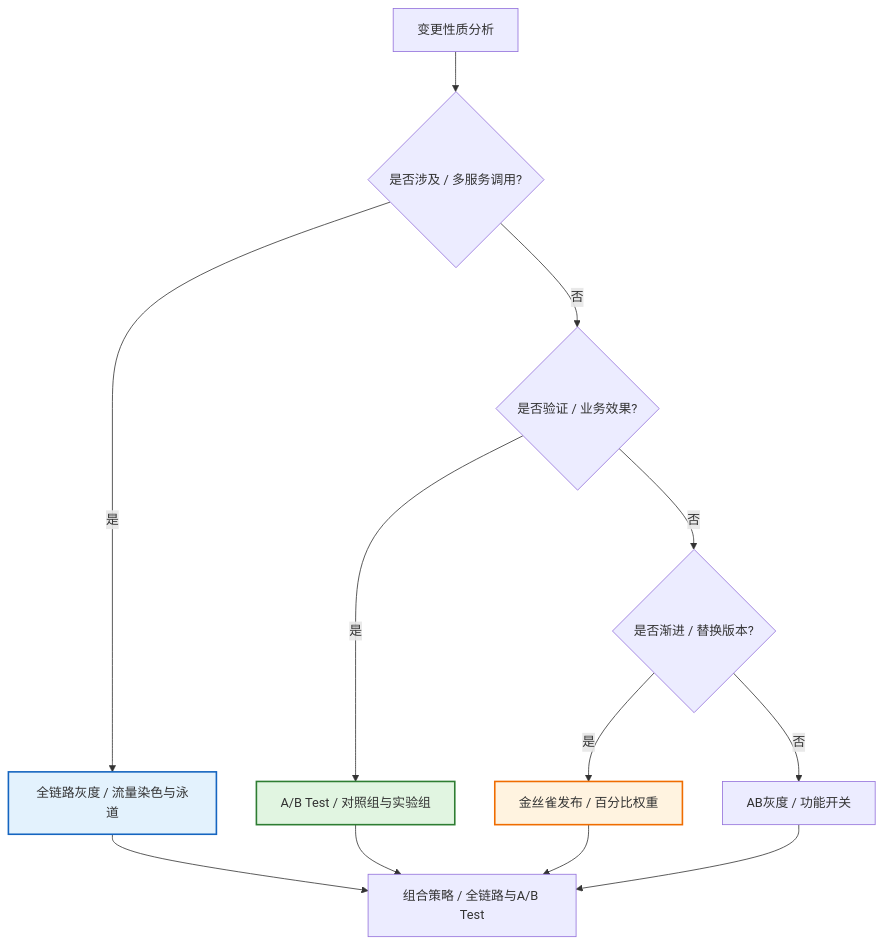
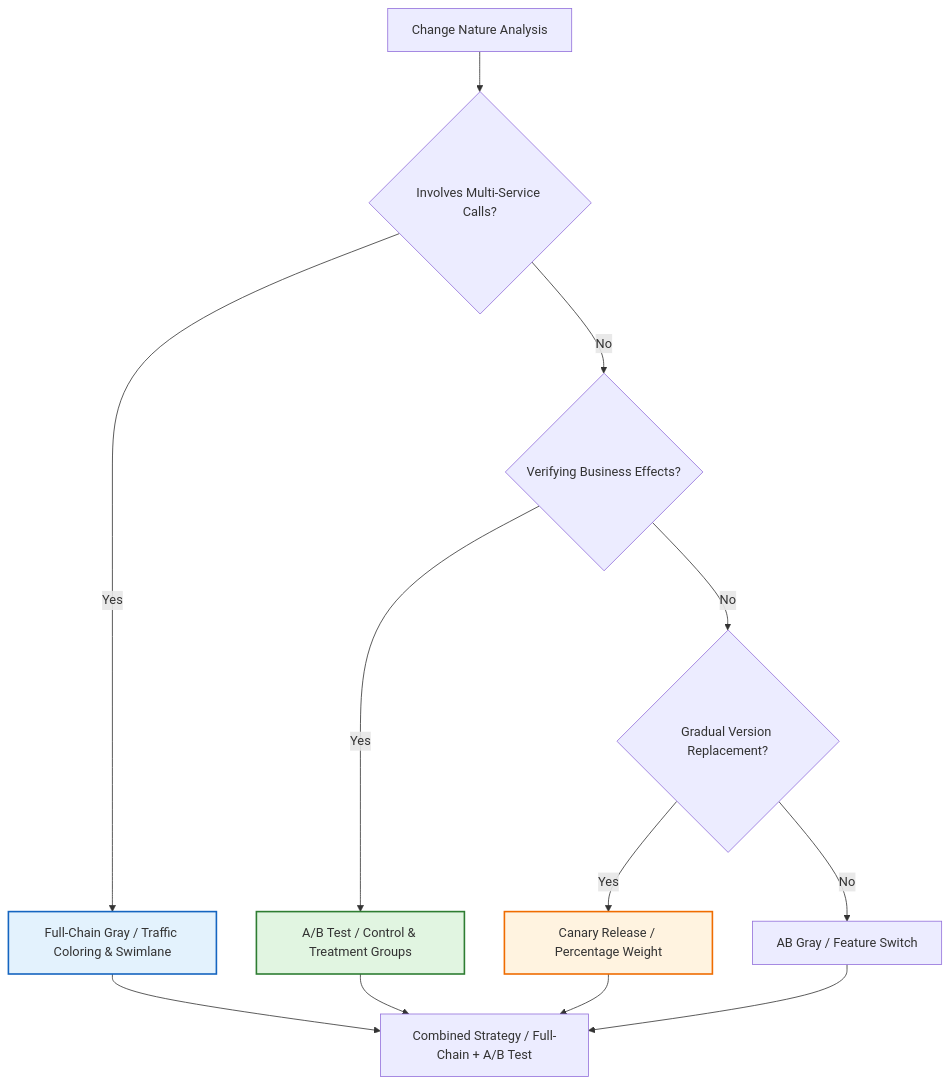
One commit to Kirky-X/cangjie changed the second of 9 diagrams in templates/产品/交付层/【模板】灰度方案.md. Above: the diagram before and after it, drawn with Mermaid. The commit also changed other lines of this file and 46 other files, not shown here.

````diff
--- a/templates/产品/交付层/【模板】灰度方案.md
+++ b/templates/产品/交付层/【模板】灰度方案.md
@@ -108,19 +108,19 @@
 ```mermaid
 flowchart TD
-    A[变更性质分析] --> B{是否涉及 / 多服务调用?}
-    B -->|是| C[全链路灰度 / 流量染色与泳道]
-    B -->|否| D{是否验证 / 业务效果?}
-    D -->|是| E[A/B Test / 对照组与实验组]
-    D -->|否| F{是否渐进 / 替换版本?}
-    F -->|是| G[金丝雀发布 / 百分比权重]
-    F -->|否| H[AB灰度 / 功能开关]
+    A[Change Nature Analysis] --> B{Involves Multi-Service Calls?}
+    B -->|Yes| C[Full-Chain Gray / Traffic Coloring & Swimlane]
+    B -->|No| D{Verifying Business Effects?}
+    D -->|Yes| E[A/B Test / Control & Treatment Groups]
+    D -->|No| F{Gradual Version Replacement?}
+    F -->|Yes| G[Canary Release / Percentage Weight]
+    F -->|No| H[AB Gray / Feature Switch]
 
-    C --> I[组合策略 / 全链路与A/B Test]
+    C --> I[Combined Strategy / Full-Chain + A/B Test]
     E --> I
     G --> I
     H --> I
 
     style C fill:#e3f2fd,stroke:#1565c0,stroke-width:2px
     style E fill:#e1f5e1,stroke:#2e7d32,stroke-width:2px
     style G fill:#fff3e0,stroke:#ef6c00,stroke-width:2px
 ```
````
